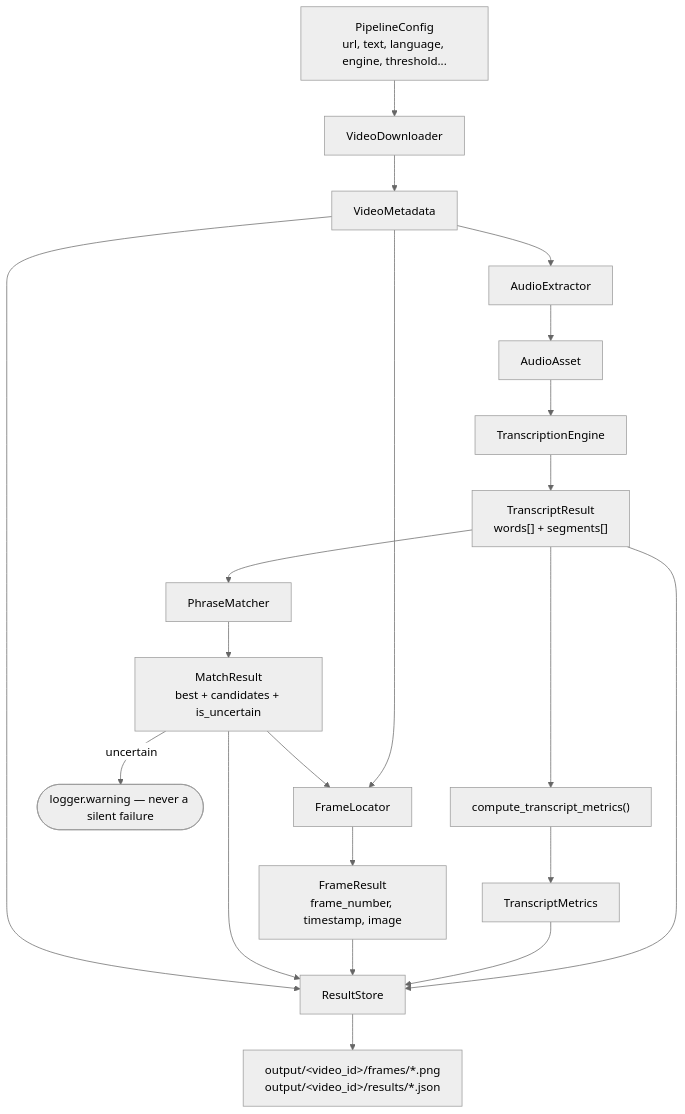
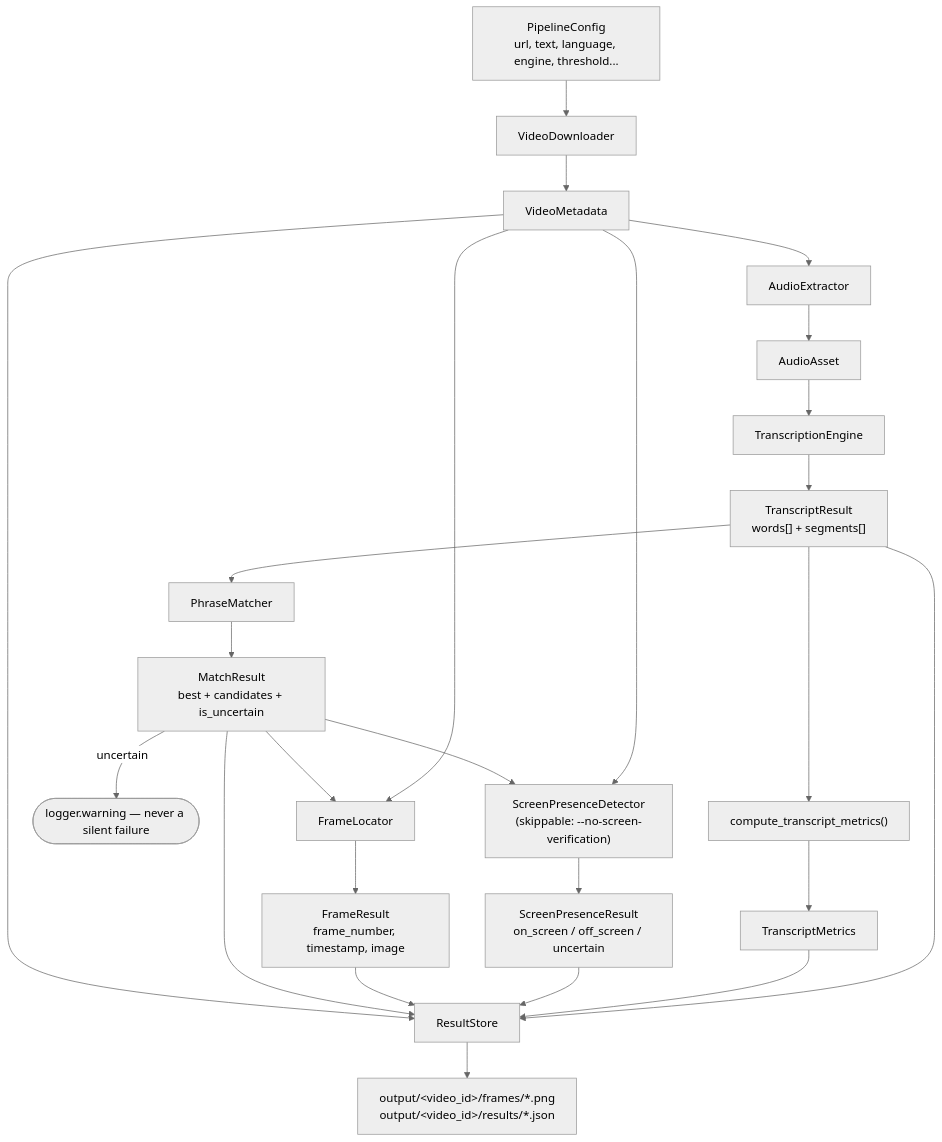
Before and after one commit to L-10-rush/quest1: the third of 3 diagrams in Approch.md, drawn with Mermaid (neutral theme). The commit also changed other lines of this file and 19 other files, not shown here.

Commit message:
feat: on-screen speaker verification + inline terminal frame previews

````diff
--- a/Approch.md
+++ b/Approch.md
@@ -60,19 +317,23 @@
 ```mermaid
 flowchart TD
     CFG["PipelineConfig<br/>url, text, language, engine, threshold..."]
     CFG --> D1["VideoDownloader"] --> VM["VideoMetadata"]
     VM --> D2["AudioExtractor"] --> AA["AudioAsset"]
     AA --> D3["TranscriptionEngine"] --> TR["TranscriptResult<br/>words[] + segments[]"]
     TR --> D4M["compute_transcript_metrics()"] --> TM["TranscriptMetrics"]
     TR --> D4["PhraseMatcher"] --> MR["MatchResult<br/>best + candidates + is_uncertain"]
     MR -->|uncertain| WARN(["logger.warning — never a silent failure"])
     MR --> D5["FrameLocator"]
     VM --> D5
     D5 --> FR["FrameResult<br/>frame_number, timestamp, image"]
+    MR --> D5B["ScreenPresenceDetector<br/>(skippable: --no-screen-verification)"]
+    VM --> D5B
+    D5B --> SP["ScreenPresenceResult<br/>on_screen / off_screen / uncertain"]
     VM --> D6["ResultStore"]
     MR --> D6
     FR --> D6
+    SP --> D6
     TM --> D6
     TR --> D6
     D6 --> OUT["output/&lt;video_id&gt;/frames/*.png<br/>output/&lt;video_id&gt;/results/*.json"]
 ```
````
